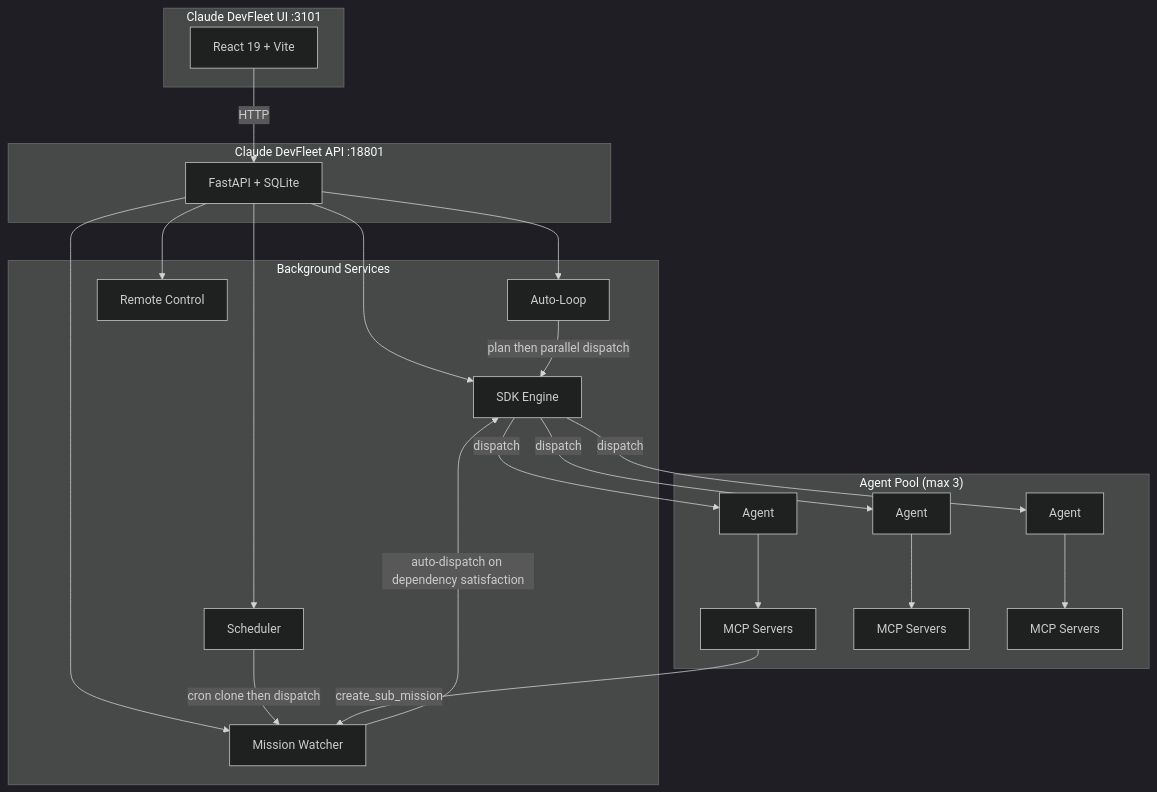
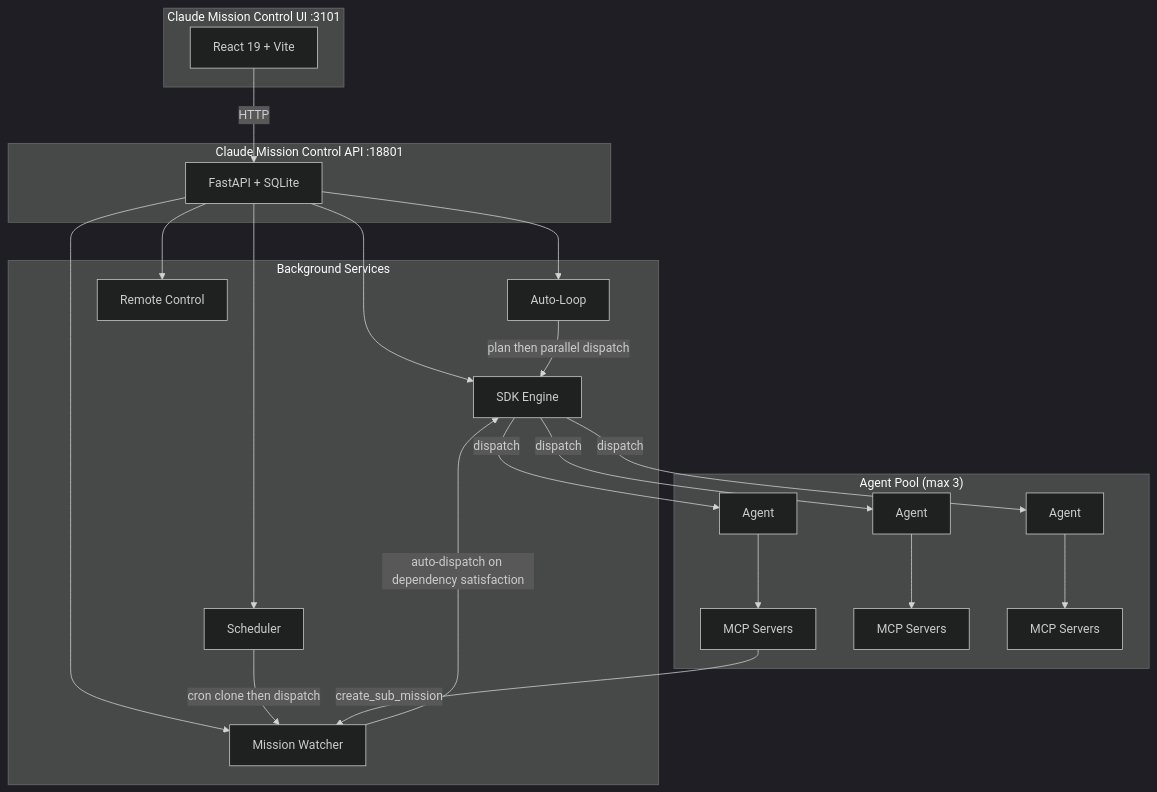
Before and after one commit to Cyvid7-Darus10/claude-mission-control: the first of 4 diagrams in diagrams/README.md, drawn with Mermaid (dark theme). The commit also changed other lines of this file and 27 other files, not shown here.

First line of the commit message:
feat: scratch rebuild — new architecture, plan, and research docs

````diff
--- a/diagrams/README.md
+++ b/diagrams/README.md
@@ -11,36 +11,36 @@
 ```mermaid
 graph TD
-    subgraph UI["Claude DevFleet UI :3101"]
+    subgraph UI["Claude Mission Control UI :3101"]
         Web["React 19 + Vite"]
     end
 
-    subgraph API["Claude DevFleet API :18801"]
+    subgraph API["Claude Mission Control API :18801"]
         FastAPI["FastAPI + SQLite"]
     end
 
     subgraph Services["Background Services"]
         SDK["SDK Engine"]
         Watcher["Mission Watcher"]
         Sched["Scheduler"]
         AutoLoop["Auto-Loop"]
         Remote["Remote Control"]
     end
 
     subgraph Agents["Agent Pool (max 3)"]
         A1["Agent"] --> MCP1["MCP Servers"]
         A2["Agent"] --> MCP2["MCP Servers"]
         A3["Agent"] --> MCP3["MCP Servers"]
     end
 
     Web -->|"HTTP"| FastAPI
     FastAPI --> SDK
     FastAPI --> Watcher
     FastAPI --> Sched
     FastAPI --> AutoLoop
     FastAPI --> Remote
     SDK -->|"dispatch"| A1 & A2 & A3
     Watcher -->|"auto-dispatch on dependency satisfaction"| SDK
     Sched -->|"cron clone then dispatch"| Watcher
     AutoLoop -->|"plan then parallel dispatch"| SDK
     MCP1 -->|"create_sub_mission"| Watcher
 ```
````
